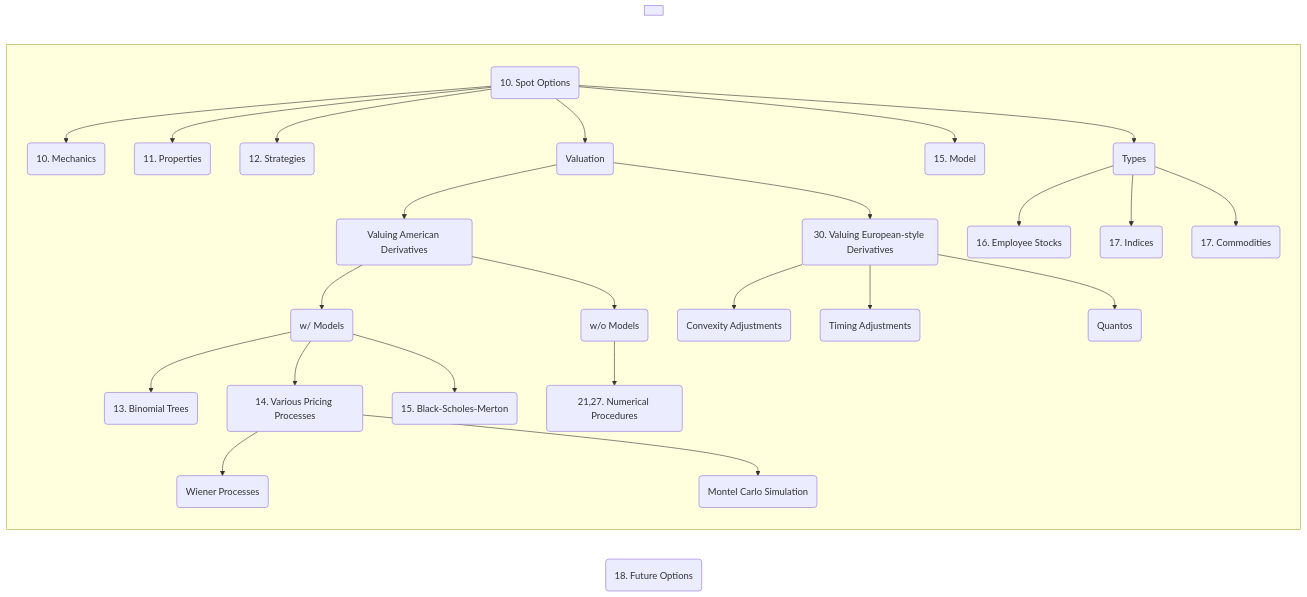
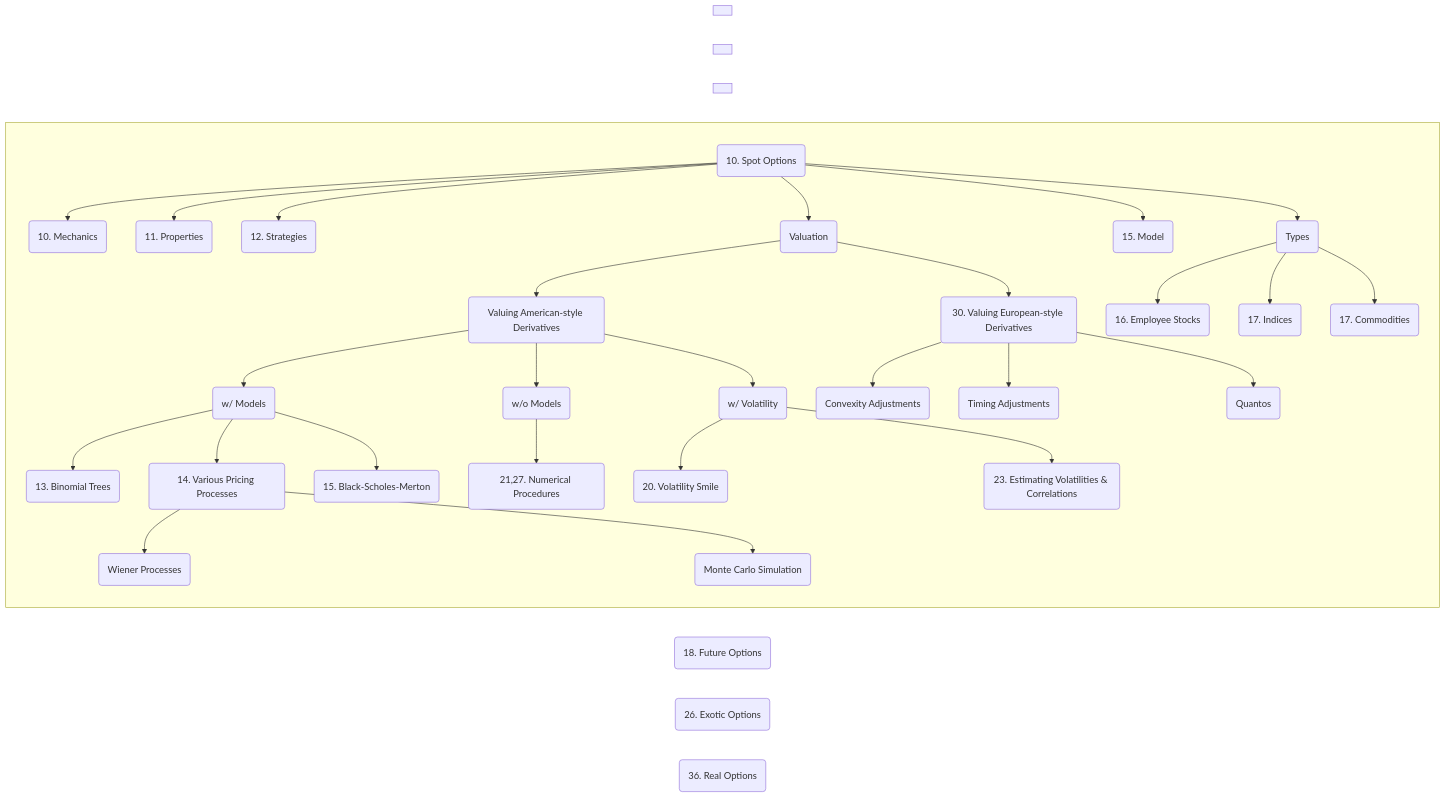
One commit to govindthange/notes changed the second of 4 diagrams in moc/1_OptionsFuturesAndOtherDerivatives_SankarshanBasu_JohnHull_ed10_2018.md. Above: the diagram before and after it, drawn with Mermaid. The commit also changed other lines of this file, not shown here.

````diff
--- a/moc/1_OptionsFuturesAndOtherDerivatives_SankarshanBasu_JohnHull_ed10_2018.md
+++ b/moc/1_OptionsFuturesAndOtherDerivatives_SankarshanBasu_JohnHull_ed10_2018.md
@@ -56,32 +62,43 @@
 ```mermaid
 graph LR;
 	so(10. Spot Options)
 	subgraph " "
 		so-->so_me(10. Mechanics)
 		so-->so_p(11. Properties)
 		so-->so_s(12. Strategies)
 		so-->so_v(Valuation)
-		so_v-->sov_ad(Valuing American Derivatives)
+		so_v-->sov_ad(Valuing American-style Derivatives)
 			sov_ad-->sov_wtm(w/ Models)
 				sov_wtm-->sovwtm_bt(13. Binomial Trees)
 				sov_wtm-->sovwtm_pp(14. Various Pricing Processes)
 					sovwtm_pp-->sovwtm_wp(Wiener Processes)
-					sovwtm_pp-->sovwtm_mcs(Montel Carlo Simulation)
+					sovwtm_pp-->sovwtm_mcs(Monte Carlo Simulation)
 				sov_wtm-->sovwtm_bsm(15. Black-Scholes-Merton)
 			sov_ad-->sov_wom(w/o Models)
 				sov_wom-->sovwom_bnp(21,27. Numerical Procedures)
+			sov_ad-->sovad_v(w/ Volatility)
+				sovad_v-->sovadv_vs(20. Volatility Smile)
+				sovad_v-->sovadv_ev(23. Estimating Volatilities & Correlations)
 		so_v-->sov_ed(30. Valuing European-style Derivatives)
 			sov_ed-->soved_ca(Convexity Adjustments)
 			sov_ed-->soved_ta(Timing Adjustments)
 			sov_ed-->soved_q(Quantos)
 		so-->so_mo(15. Model)
 		so-->so_t(Types)
 		so_t-->sot_es(16. Employee Stocks)
 		so_t-->sot_i(17. Indices)
 		so_t-->sot_c(17. Commodities)
     end
 	
 	fo(18. Future Options)
 	subgraph " "
     end
+	
+	eo(26. Exotic Options)
+	subgraph " "
+    end
+	
+	ro(36. Real Options)
+	subgraph " "
+    end
 ```
````
